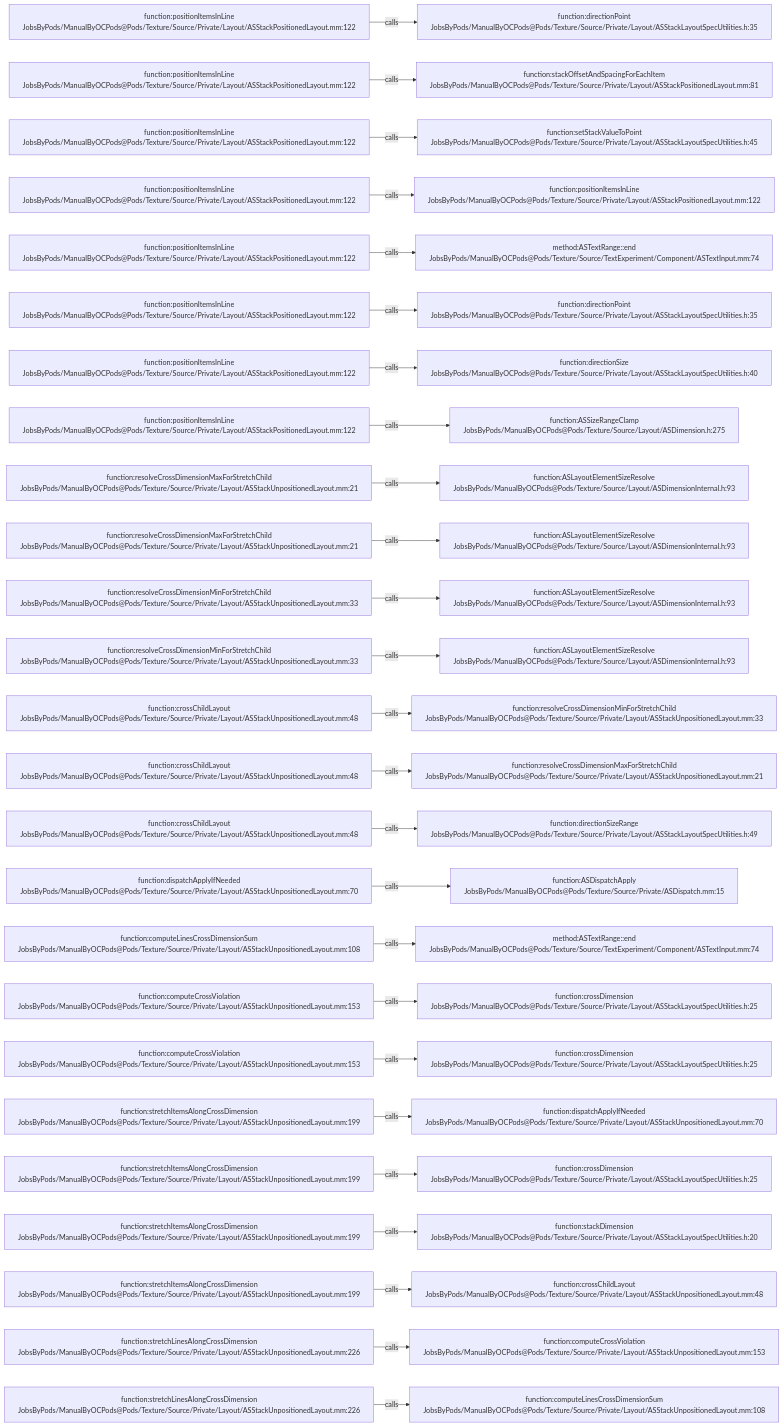
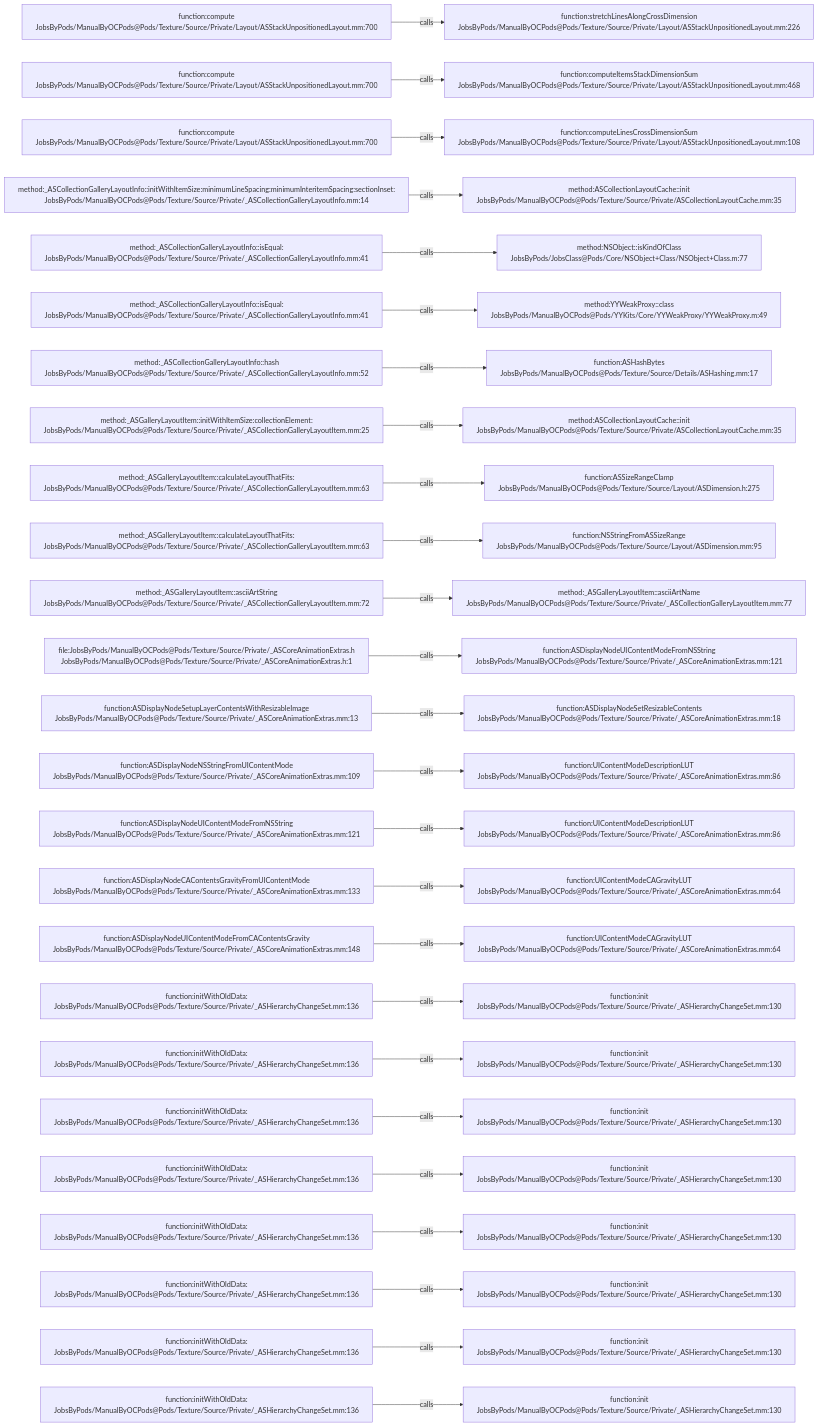
Before and after one commit to JobsKits/JobsOCBaseConfigDemo: the diagram in .codegraph/codegraph.md/graphs/calls-195.md, drawn with Mermaid. The commit also changed 1353 other files, not shown here.

````diff
--- a/.codegraph/codegraph.md/graphs/calls-195.md
+++ b/.codegraph/codegraph.md/graphs/calls-195.md
@@ -13,78 +13,78 @@
 ```mermaid
 flowchart LR
-  S1["function:positionItemsInLine<br/>JobsByPods/ManualByOCPods@Pods/Texture/Source/Private/Layout/ASStackPositionedLayout.mm:122"]
-  T1["function:directionPoint<br/>JobsByPods/ManualByOCPods@Pods/Texture/Source/Private/Layout/ASStackLayoutSpecUtilities.h:35"]
+  S1["function:compute<br/>JobsByPods/ManualByOCPods@Pods/Texture/Source/Private/Layout/ASStackUnpositionedLayout.mm:700"]
+  T1["function:stretchLinesAlongCrossDimension<br/>JobsByPods/ManualByOCPods@Pods/Texture/Source/Private/Layout/ASStackUnpositionedLayout.mm:226"]
   S1 -->|calls| T1
-  S2["function:positionItemsInLine<br/>JobsByPods/ManualByOCPods@Pods/Texture/Source/Private/Layout/ASStackPositionedLayout.mm:122"]
-  T2["function:stackOffsetAndSpacingForEachItem<br/>JobsByPods/ManualByOCPods@Pods/Texture/Source/Private/Layout/ASStackPositionedLayout.mm:81"]
+  S2["function:compute<br/>JobsByPods/ManualByOCPods@Pods/Texture/Source/Private/Layout/ASStackUnpositionedLayout.mm:700"]
+  T2["function:computeItemsStackDimensionSum<br/>JobsByPods/ManualByOCPods@Pods/Texture/Source/Private/Layout/ASStackUnpositionedLayout.mm:468"]
   S2 -->|calls| T2
-  S3["function:positionItemsInLine<br/>JobsByPods/ManualByOCPods@Pods/Texture/Source/Private/Layout/ASStackPositionedLayout.mm:122"]
-  T3["function:setStackValueToPoint<br/>JobsByPods/ManualByOCPods@Pods/Texture/Source/Private/Layout/ASStackLayoutSpecUtilities.h:45"]
+  S3["function:compute<br/>JobsByPods/ManualByOCPods@Pods/Texture/Source/Private/Layout/ASStackUnpositionedLayout.mm:700"]
+  T3["function:computeLinesCrossDimensionSum<br/>JobsByPods/ManualByOCPods@Pods/Texture/Source/Private/Layout/ASStackUnpositionedLayout.mm:108"]
   S3 -->|calls| T3
-  S4["function:positionItemsInLine<br/>JobsByPods/ManualByOCPods@Pods/Texture/Source/Private/Layout/ASStackPositionedLayout.mm:122"]
-  T4["function:positionItemsInLine<br/>JobsByPods/ManualByOCPods@Pods/Texture/Source/Private/Layout/ASStackPositionedLayout.mm:122"]
+  S4["method:_ASCollectionGalleryLayoutInfo::initWithItemSize:minimumLineSpacing:minimumInteritemSpacing:sectionInset:<br/>JobsByPods/ManualByOCPods@Pods/Texture/Source/Private/_ASCollectionGalleryLayoutInfo.mm:14"]
+  T4["method:ASCollectionLayoutCache::init<br/>JobsByPods/ManualByOCPods@Pods/Texture/Source/Private/ASCollectionLayoutCache.mm:35"]
   S4 -->|calls| T4
-  S5["function:positionItemsInLine<br/>JobsByPods/ManualByOCPods@Pods/Texture/Source/Private/Layout/ASStackPositionedLayout.mm:122"]
-  T5["method:ASTextRange::end<br/>JobsByPods/ManualByOCPods@Pods/Texture/Source/TextExperiment/Component/ASTextInput.mm:74"]
+  S5["method:_ASCollectionGalleryLayoutInfo::isEqual:<br/>JobsByPods/ManualByOCPods@Pods/Texture/Source/Private/_ASCollectionGalleryLayoutInfo.mm:41"]
+  T5["method:NSObject::isKindOfClass<br/>JobsByPods/JobsClass@Pods/Core/NSObject+Class/NSObject+Class.m:77"]
   S5 -->|calls| T5
-  S6["function:positionItemsInLine<br/>JobsByPods/ManualByOCPods@Pods/Texture/Source/Private/Layout/ASStackPositionedLayout.mm:122"]
-  T6["function:directionPoint<br/>JobsByPods/ManualByOCPods@Pods/Texture/Source/Private/Layout/ASStackLayoutSpecUtilities.h:35"]
+  S6["method:_ASCollectionGalleryLayoutInfo::isEqual:<br/>JobsByPods/ManualByOCPods@Pods/Texture/Source/Private/_ASCollectionGalleryLayoutInfo.mm:41"]
+  T6["method:YYWeakProxy::class<br/>JobsByPods/ManualByOCPods@Pods/YYKits/Core/YYWeakProxy/YYWeakProxy.m:49"]
   S6 -->|calls| T6
-  S7["function:positionItemsInLine<br/>JobsByPods/ManualByOCPods@Pods/Texture/Source/Private/Layout/ASStackPositionedLayout.mm:122"]
-  T7["function:directionSize<br/>JobsByPods/ManualByOCPods@Pods/Texture/Source/Private/Layout/ASStackLayoutSpecUtilities.h:40"]
+  S7["method:_ASCollectionGalleryLayoutInfo::hash<br/>JobsByPods/ManualByOCPods@Pods/Texture/Source/Private/_ASCollectionGalleryLayoutInfo.mm:52"]
+  T7["function:ASHashBytes<br/>JobsByPods/ManualByOCPods@Pods/Texture/Source/Details/ASHashing.mm:17"]
   S7 -->|calls| T7
-  S8["function:positionItemsInLine<br/>JobsByPods/ManualByOCPods@Pods/Texture/Source/Private/Layout/ASStackPositionedLayout.mm:122"]
-  T8["function:ASSizeRangeClamp<br/>JobsByPods/ManualByOCPods@Pods/Texture/Source/Layout/ASDimension.h:275"]
+  S8["method:_ASGalleryLayoutItem::initWithItemSize:collectionElement:<br/>JobsByPods/ManualByOCPods@Pods/Texture/Source/Private/_ASCollectionGalleryLayoutItem.mm:25"]
+  T8["method:ASCollectionLayoutCache::init<br/>JobsByPods/ManualByOCPods@Pods/Texture/Source/Private/ASCollectionLayoutCache.mm:35"]
   S8 -->|calls| T8
-  S9["function:resolveCrossDimensionMaxForStretchChild<br/>JobsByPods/ManualByOCPods@Pods/Texture/Source/Private/Layout/ASStackUnpositionedLayout.mm:21"]
-  T9["function:ASLayoutElementSizeResolve<br/>JobsByPods/ManualByOCPods@Pods/Texture/Source/Layout/ASDimensionInternal.h:93"]
+  S9["method:_ASGalleryLayoutItem::calculateLayoutThatFits:<br/>JobsByPods/ManualByOCPods@Pods/Texture/Source/Private/_ASCollectionGalleryLayoutItem.mm:63"]
+  T9["function:ASSizeRangeClamp<br/>JobsByPods/ManualByOCPods@Pods/Texture/Source/Layout/ASDimension.h:275"]
   S9 -->|calls| T9
-  S10["function:resolveCrossDimensionMaxForStretchChild<br/>JobsByPods/ManualByOCPods@Pods/Texture/Source/Private/Layout/ASStackUnpositionedLayout.mm:21"]
-  T10["function:ASLayoutElementSizeResolve<br/>JobsByPods/ManualByOCPods@Pods/Texture/Source/Layout/ASDimensionInternal.h:93"]
+  S10["method:_ASGalleryLayoutItem::calculateLayoutThatFits:<br/>JobsByPods/ManualByOCPods@Pods/Texture/Source/Private/_ASCollectionGalleryLayoutItem.mm:63"]
+  T10["function:NSStringFromASSizeRange<br/>JobsByPods/ManualByOCPods@Pods/Texture/Source/Layout/ASDimension.mm:95"]
   S10 -->|calls| T10
-  S11["function:resolveCrossDimensionMinForStretchChild<br/>JobsByPods/ManualByOCPods@Pods/Texture/Source/Private/Layout/ASStackUnpositionedLayout.mm:33"]
-  T11["function:ASLayoutElementSizeResolve<br/>JobsByPods/ManualByOCPods@Pods/Texture/Source/Layout/ASDimensionInternal.h:93"]
+  S11["method:_ASGalleryLayoutItem::asciiArtString<br/>JobsByPods/ManualByOCPods@Pods/Texture/Source/Private/_ASCollectionGalleryLayoutItem.mm:72"]
+  T11["method:_ASGalleryLayoutItem::asciiArtName<br/>JobsByPods/ManualByOCPods@Pods/Texture/Source/Private/_ASCollectionGalleryLayoutItem.mm:77"]
   S11 -->|calls| T11
-  S12["function:resolveCrossDimensionMinForStretchChild<br/>JobsByPods/ManualByOCPods@Pods/Texture/Source/Private/Layout/ASStackUnpositionedLayout.mm:33"]
-  T12["function:ASLayoutElementSizeResolve<br/>JobsByPods/ManualByOCPods@Pods/Texture/Source/Layout/ASDimensionInternal.h:93"]
+  S12["file:JobsByPods/ManualByOCPods@Pods/Texture/Source/Private/_ASCoreAnimationExtras.h<br/>JobsByPods/ManualByOCPods@Pods/Texture/Source/Private/_ASCoreAnimationExtras.h:1"]
+  T12["function:ASDisplayNodeUIContentModeFromNSString<br/>JobsByPods/ManualByOCPods@Pods/Texture/Source/Private/_ASCoreAnimationExtras.mm:121"]
   S12 -->|calls| T12
-  S13["function:crossChildLayout<br/>JobsByPods/ManualByOCPods@Pods/Texture/Source/Private/Layout/ASStackUnpositionedLayout.mm:48"]
-  T13["function:resolveCrossDimensionMinForStretchChild<br/>JobsByPods/ManualByOCPods@Pods/Texture/Source/Private/Layout/ASStackUnpositionedLayout.mm:33"]
+  S13["function:ASDisplayNodeSetupLayerContentsWithResizableImage<br/>JobsByPods/ManualByOCPods@Pods/Texture/Source/Private/_ASCoreAnimationExtras.mm:13"]
+  T13["function:ASDisplayNodeSetResizableContents<br/>JobsByPods/ManualByOCPods@Pods/Texture/Source/Private/_ASCoreAnimationExtras.mm:18"]
   S13 -->|calls| T13
-  S14["function:crossChildLayout<br/>JobsByPods/ManualByOCPods@Pods/Texture/Source/Private/Layout/ASStackUnpositionedLayout.mm:48"]
-  T14["function:resolveCrossDimensionMaxForStretchChild<br/>JobsByPods/ManualByOCPods@Pods/Texture/Source/Private/Layout/ASStackUnpositionedLayout.mm:21"]
+  S14["function:ASDisplayNodeNSStringFromUIContentMode<br/>JobsByPods/ManualByOCPods@Pods/Texture/Source/Private/_ASCoreAnimationExtras.mm:109"]
+  T14["function:UIContentModeDescriptionLUT<br/>JobsByPods/ManualByOCPods@Pods/Texture/Source/Private/_ASCoreAnimationExtras.mm:86"]
   S14 -->|calls| T14
-  S15["function:crossChildLayout<br/>JobsByPods/ManualByOCPods@Pods/Texture/Source/Private/Layout/ASStackUnpositionedLayout.mm:48"]
-  T15["function:directionSizeRange<br/>JobsByPods/ManualByOCPods@Pods/Texture/Source/Private/Layout/ASStackLayoutSpecUtilities.h:49"]
+  S15["function:ASDisplayNodeUIContentModeFromNSString<br/>JobsByPods/ManualByOCPods@Pods/Texture/Source/Private/_ASCoreAnimationExtras.mm:121"]
+  T15["function:UIContentModeDescriptionLUT<br/>JobsByPods/ManualByOCPods@Pods/Texture/Source/Private/_ASCoreAnimationExtras.mm:86"]
   S15 -->|calls| T15
-  S16["function:dispatchApplyIfNeeded<br/>JobsByPods/ManualByOCPods@Pods/Texture/Source/Private/Layout/ASStackUnpositionedLayout.mm:70"]
-  T16["function:ASDispatchApply<br/>JobsByPods/ManualByOCPods@Pods/Texture/Source/Private/ASDispatch.mm:15"]
+  S16["function:ASDisplayNodeCAContentsGravityFromUIContentMode<br/>JobsByPods/ManualByOCPods@Pods/Texture/Source/Private/_ASCoreAnimationExtras.mm:133"]
+  T16["function:UIContentModeCAGravityLUT<br/>JobsByPods/ManualByOCPods@Pods/Texture/Source/Private/_ASCoreAnimationExtras.mm:64"]
   S16 -->|calls| T16
-  S17["function:computeLinesCrossDimensionSum<br/>JobsByPods/ManualByOCPods@Pods/Texture/Source/Private/Layout/ASStackUnpositionedLayout.mm:108"]
-  T17["method:ASTextRange::end<br/>JobsByPods/ManualByOCPods@Pods/Texture/Source/TextExperiment/Component/ASTextInput.mm:74"]
+  S17["function:ASDisplayNodeUIContentModeFromCAContentsGravity<br/>JobsByPods/ManualByOCPods@Pods/Texture/Source/Private/_ASCoreAnimationExtras.mm:148"]
+  T17["function:UIContentModeCAGravityLUT<br/>JobsByPods/ManualByOCPods@Pods/Texture/Source/Private/_ASCoreAnimationExtras.mm:64"]
   S17 -->|calls| T17
-  S18["function:computeCrossViolation<br/>JobsByPods/ManualByOCPods@Pods/Texture/Source/Private/Layout/ASStackUnpositionedLayout.mm:153"]
-  T18["function:crossDimension<br/>JobsByPods/ManualByOCPods@Pods/Texture/Source/Private/Layout/ASStackLayoutSpecUtilities.h:25"]
+  S18["function:initWithOldData:<br/>JobsByPods/ManualByOCPods@Pods/Texture/Source/Private/_ASHierarchyChangeSet.mm:136"]
+  T18["function:init<br/>JobsByPods/ManualByOCPods@Pods/Texture/Source/Private/_ASHierarchyChangeSet.mm:130"]
   S18 -->|calls| T18
-  S19["function:computeCrossViolation<br/>JobsByPods/ManualByOCPods@Pods/Texture/Source/Private/Layout/ASStackUnpositionedLayout.mm:153"]
-  T19["function:crossDimension<br/>JobsByPods/ManualByOCPods@Pods/Texture/Source/Private/Layout/ASStackLayoutSpecUtilities.h:25"]
+  S19["function:initWithOldData:<br/>JobsByPods/ManualByOCPods@Pods/Texture/Source/Private/_ASHierarchyChangeSet.mm:136"]
+  T19["function:init<br/>JobsByPods/ManualByOCPods@Pods/Texture/Source/Private/_ASHierarchyChangeSet.mm:130"]
   S19 -->|calls| T19
-  S20["function:stretchItemsAlongCrossDimension<br/>JobsByPods/ManualByOCPods@Pods/Texture/Source/Private/Layout/ASStackUnpositionedLayout.mm:199"]
-  T20["function:dispatchApplyIfNeeded<br/>JobsByPods/ManualByOCPods@Pods/Texture/Source/Private/Layout/ASStackUnpositionedLayout.mm:70"]
+  S20["function:initWithOldData:<br/>JobsByPods/ManualByOCPods@Pods/Texture/Source/Private/_ASHierarchyChangeSet.mm:136"]
+  T20["function:init<br/>JobsByPods/ManualByOCPods@Pods/Texture/Source/Private/_ASHierarchyChangeSet.mm:130"]
   S20 -->|calls| T20
-  S21["function:stretchItemsAlongCrossDimension<br/>JobsByPods/ManualByOCPods@Pods/Texture/Source/Private/Layout/ASStackUnpositionedLayout.mm:199"]
-  T21["function:crossDimension<br/>JobsByPods/ManualByOCPods@Pods/Texture/Source/Private/Layout/ASStackLayoutSpecUtilities.h:25"]
+  S21["function:initWithOldData:<br/>JobsByPods/ManualByOCPods@Pods/Texture/Source/Private/_ASHierarchyChangeSet.mm:136"]
+  T21["function:init<br/>JobsByPods/ManualByOCPods@Pods/Texture/Source/Private/_ASHierarchyChangeSet.mm:130"]
   S21 -->|calls| T21
-  S22["function:stretchItemsAlongCrossDimension<br/>JobsByPods/ManualByOCPods@Pods/Texture/Source/Private/Layout/ASStackUnpositionedLayout.mm:199"]
-  T22["function:stackDimension<br/>JobsByPods/ManualByOCPods@Pods/Texture/Source/Private/Layout/ASStackLayoutSpecUtilities.h:20"]
+  S22["function:initWithOldData:<br/>JobsByPods/ManualByOCPods@Pods/Texture/Source/Private/_ASHierarchyChangeSet.mm:136"]
+  T22["function:init<br/>JobsByPods/ManualByOCPods@Pods/Texture/Source/Private/_ASHierarchyChangeSet.mm:130"]
   S22 -->|calls| T22
-  S23["function:stretchItemsAlongCrossDimension<br/>JobsByPods/ManualByOCPods@Pods/Texture/Source/Private/Layout/ASStackUnpositionedLayout.mm:199"]
-  T23["function:crossChildLayout<br/>JobsByPods/ManualByOCPods@Pods/Texture/Source/Private/Layout/ASStackUnpositionedLayout.mm:48"]
+  S23["function:initWithOldData:<br/>JobsByPods/ManualByOCPods@Pods/Texture/Source/Private/_ASHierarchyChangeSet.mm:136"]
+  T23["function:init<br/>JobsByPods/ManualByOCPods@Pods/Texture/Source/Private/_ASHierarchyChangeSet.mm:130"]
   S23 -->|calls| T23
-  S24["function:stretchLinesAlongCrossDimension<br/>JobsByPods/ManualByOCPods@Pods/Texture/Source/Private/Layout/ASStackUnpositionedLayout.mm:226"]
-  T24["function:computeCrossViolation<br/>JobsByPods/ManualByOCPods@Pods/Texture/Source/Private/Layout/ASStackUnpositionedLayout.mm:153"]
+  S24["function:initWithOldData:<br/>JobsByPods/ManualByOCPods@Pods/Texture/Source/Private/_ASHierarchyChangeSet.mm:136"]
+  T24["function:init<br/>JobsByPods/ManualByOCPods@Pods/Texture/Source/Private/_ASHierarchyChangeSet.mm:130"]
   S24 -->|calls| T24
-  S25["function:stretchLinesAlongCrossDimension<br/>JobsByPods/ManualByOCPods@Pods/Texture/Source/Private/Layout/ASStackUnpositionedLayout.mm:226"]
-  T25["function:computeLinesCrossDimensionSum<br/>JobsByPods/ManualByOCPods@Pods/Texture/Source/Private/Layout/ASStackUnpositionedLayout.mm:108"]
+  S25["function:initWithOldData:<br/>JobsByPods/ManualByOCPods@Pods/Texture/Source/Private/_ASHierarchyChangeSet.mm:136"]
+  T25["function:init<br/>JobsByPods/ManualByOCPods@Pods/Texture/Source/Private/_ASHierarchyChangeSet.mm:130"]
   S25 -->|calls| T25
 ```
````
